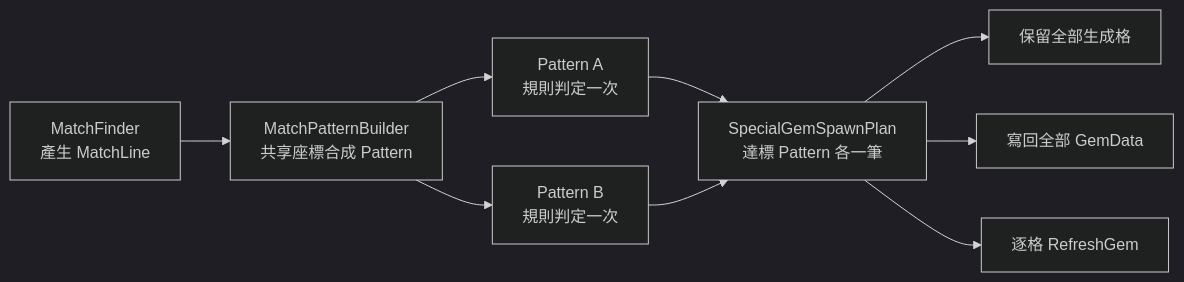
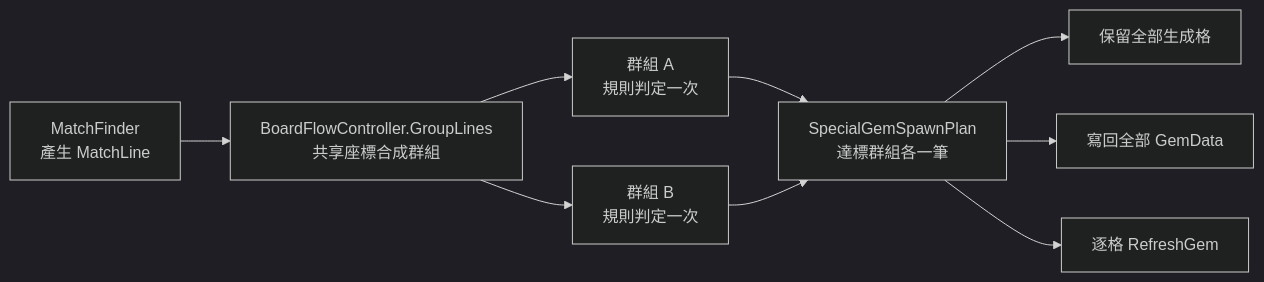
The fourth of 6 diagrams in CLASSROOM_CORRECTION_GUIDE.md (CodingCatz/MatchGems), drawn with Mermaid (dark theme) before and after one commit. The commit also changed other lines of this file, not shown here.

Commit message:
docs: simplify multi-special classroom fix

````diff
--- a/CLASSROOM_CORRECTION_GUIDE.md
+++ b/CLASSROOM_CORRECTION_GUIDE.md
@@ -1152,11 +1152,11 @@
 ```mermaid
 flowchart LR
-    M["MatchFinder<br/>產生 MatchLine"] --> G["MatchPatternBuilder<br/>共享座標合成 Pattern"]
-    G --> A["Pattern A<br/>規則判定一次"]
-    G --> B["Pattern B<br/>規則判定一次"]
-    A --> P["SpecialGemSpawnPlan<br/>達標 Pattern 各一筆"]
+    M["MatchFinder<br/>產生 MatchLine"] --> G["BoardFlowController.GroupLines<br/>共享座標合成群組"]
+    G --> A["群組 A<br/>規則判定一次"]
+    G --> B["群組 B<br/>規則判定一次"]
+    A --> P["SpecialGemSpawnPlan<br/>達標群組各一筆"]
     B --> P
     P --> K["保留全部生成格"]
     P --> W["寫回全部 GemData"]
     P --> R["逐格 RefreshGem"]
 ```
````
